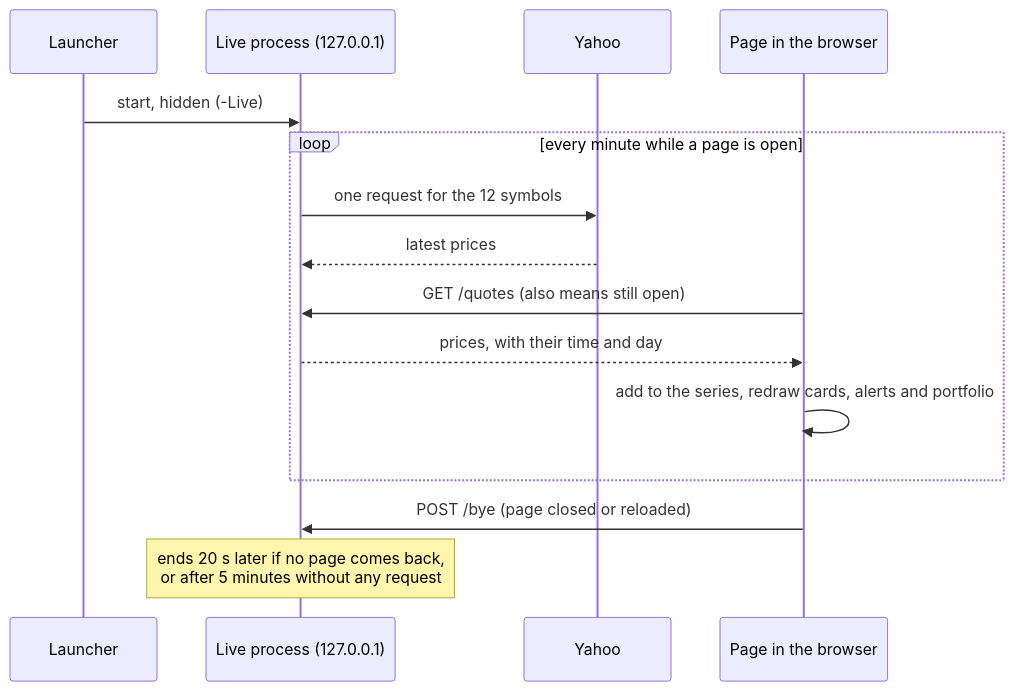
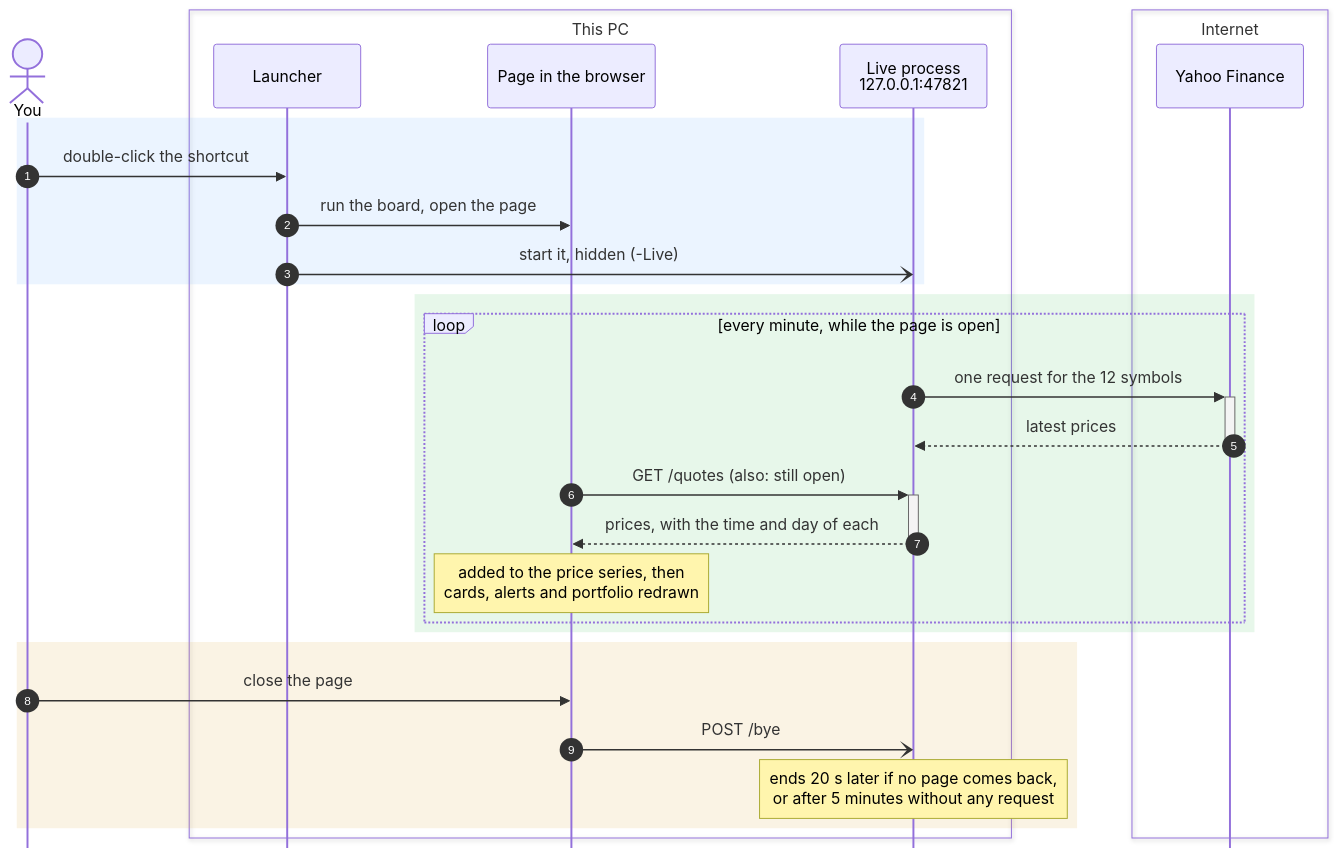
Before and after one commit to biazini/BluechipBoard: the first of 6 diagrams in README.md, drawn with Mermaid.

Commit message:
README: clearer live-prices sequence diagram
Numbered steps, You as the actor, This PC / Internet groups, three coloured
phases (start, every minute, closing), the redraw as a note instead of a
self-arrow, no repeated participants at the bottom. Checked in Mermaid 11,
light and dark themes.

````diff
--- a/README.md
+++ b/README.md
@@ -42,17 +42,33 @@
 ```mermaid
+%%{init: {'sequence': {'mirrorActors': false}}}%%
 sequenceDiagram
-    participant L as Launcher
-    participant P as Live process (127.0.0.1)
-    participant Y as Yahoo
-    participant B as Page in the browser
-    L->>P: start, hidden (-Live)
-    loop every minute while a page is open
-        P->>Y: one request for the 12 symbols
-        Y-->>P: latest prices
-        B->>P: GET /quotes (also means still open)
-        P-->>B: prices, with their time and day
-        B->>B: add to the series, redraw cards, alerts and portfolio
+    autonumber
+    actor U as You
+    box transparent This PC
+        participant L as Launcher
+        participant B as Page in the browser
+        participant P as Live process<br/>127.0.0.1:47821
     end
-    B->>P: POST /bye (page closed or reloaded)
-    Note over P: ends 20 s later if no page comes back,<br/>or after 5 minutes without any request
+    box transparent Internet
+        participant Y as Yahoo Finance
+    end
+    rect rgba(88,166,255,0.12)
+        U->>L: double-click the shortcut
+        L->>B: run the board, open the page
+        L-)P: start it, hidden (-Live)
+    end
+    rect rgba(63,185,80,0.12)
+        loop every minute, while the page is open
+            P->>+Y: one request for the 12 symbols
+            Y-->>-P: latest prices
+            B->>+P: GET /quotes (also: still open)
+            P-->>-B: prices, with the time and day of each
+            Note over B: added to the price series, then<br/>cards, alerts and portfolio redrawn
+        end
+    end
+    rect rgba(210,153,34,0.12)
+        U->>B: close the page
+        B-)P: POST /bye
+        Note over P: ends 20 s later if no page comes back,<br/>or after 5 minutes without any request
+    end
 ```
````
